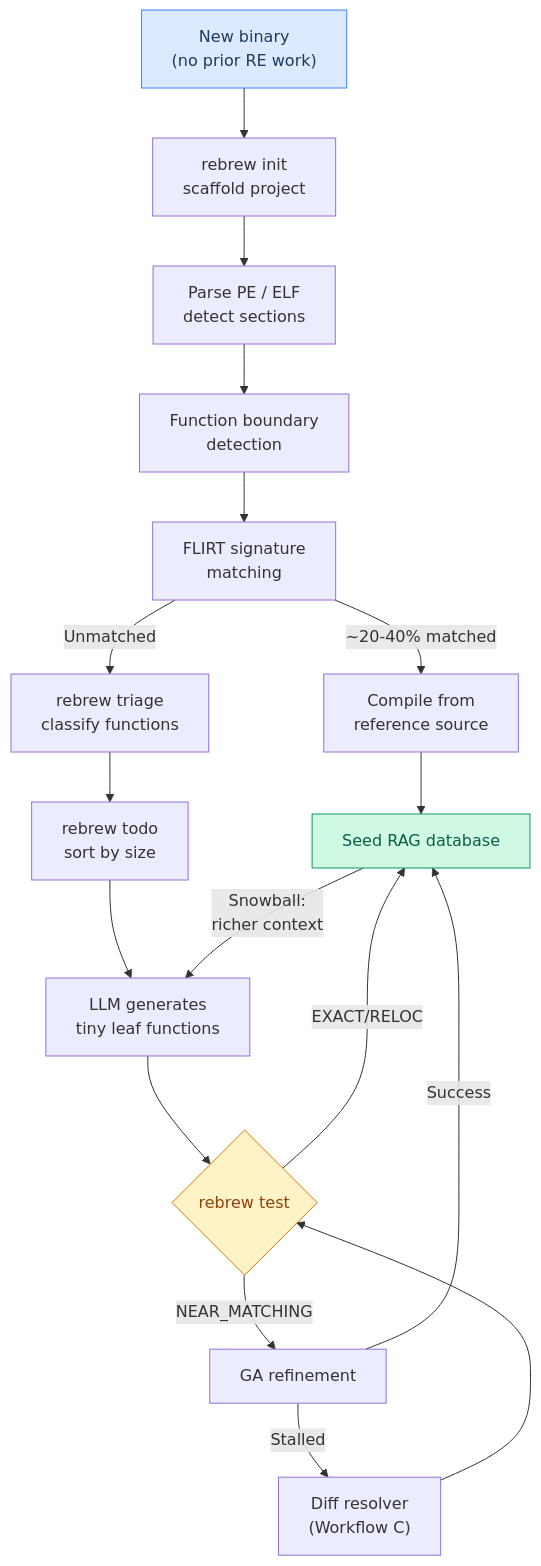
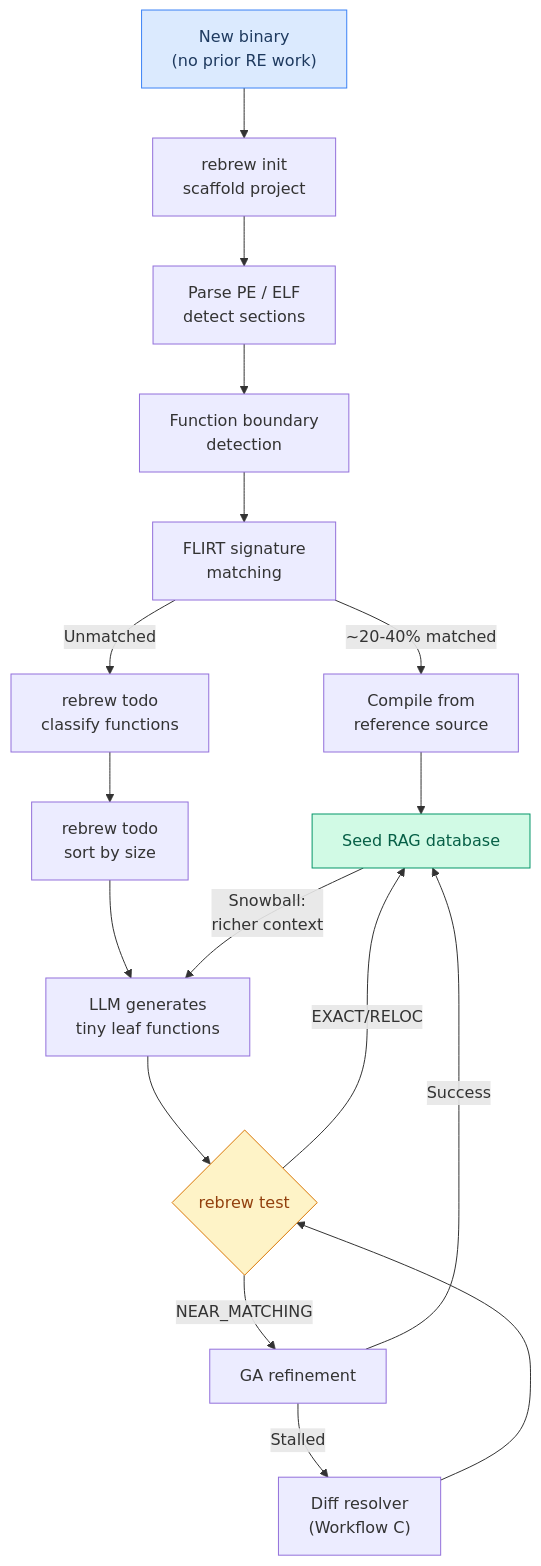
One commit to maci0/rebrew changed the tenth of 16 diagrams in docs/USER_STORIES.md. Above: the diagram before and after it, drawn with Mermaid. The commit also changed other lines of this file and 19 other files, not shown here.

````diff
--- a/docs/USER_STORIES.md
+++ b/docs/USER_STORIES.md
@@ -328,23 +329,23 @@
 ```mermaid
 graph TD
     A["New binary<br/>(no prior RE work)"] --> Init["rebrew init<br/>scaffold project"]
     Init --> B["Parse PE / ELF<br/>detect sections"]
     B --> C["Function boundary<br/>detection"]
     C --> D["FLIRT signature<br/>matching"]
     D -->|"~20-40% matched"| E["Compile from<br/>reference source"]
-    D -->|"Unmatched"| F["rebrew triage<br/>classify functions"]
+    D -->|"Unmatched"| F["rebrew todo<br/>classify functions"]
     E --> G["Seed RAG database"]
     F --> H["rebrew todo<br/>sort by size"]
     H --> I["LLM generates<br/>tiny leaf functions"]
     I --> J{"rebrew test"}
     J -->|"EXACT/RELOC"| G
     J -->|"NEAR_MATCHING"| K["GA refinement"]
     K -->|Success| G
     K -->|Stalled| L["Diff resolver<br/>(Workflow C)"]
     L --> J
     G -->|"Snowball:<br/>richer context"| I
 
     style A fill:#dbeafe,stroke:#3b82f6,color:#1e3a5f
     style G fill:#d1fae5,stroke:#059669,color:#065f46
     style J fill:#fef3c7,stroke:#d97706,color:#92400e
 ```
````
